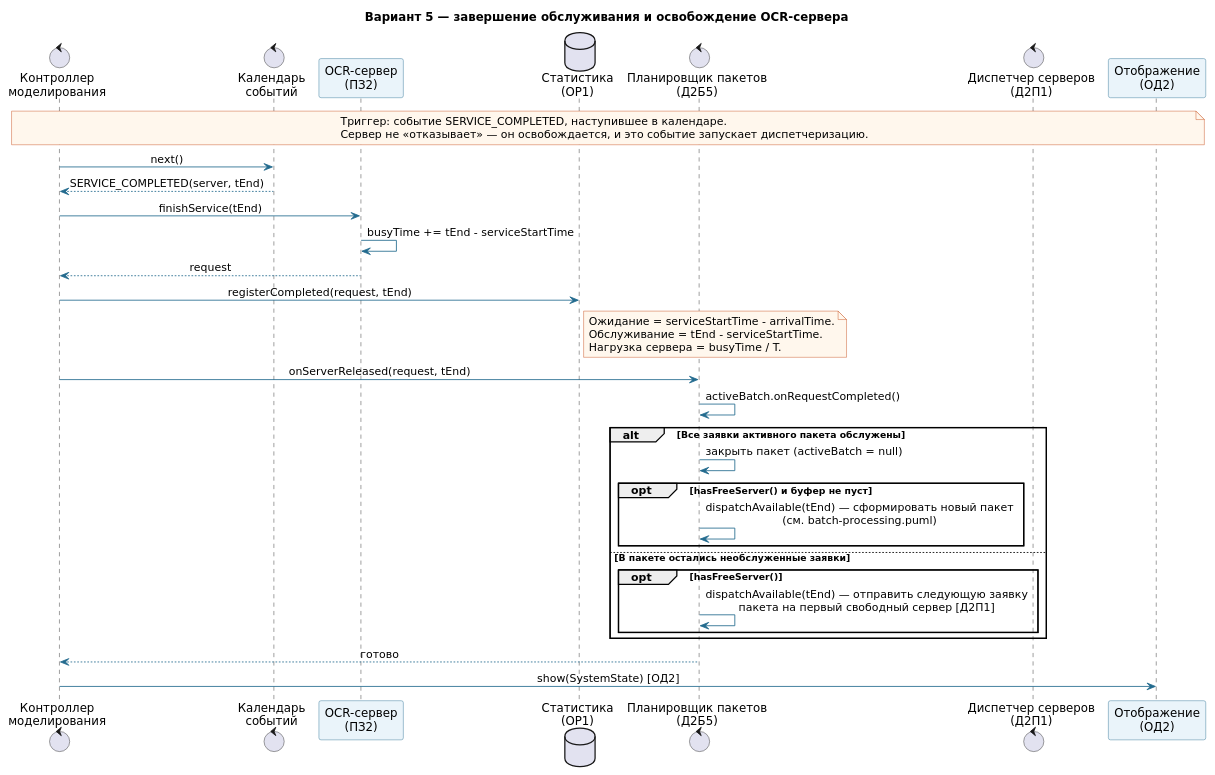
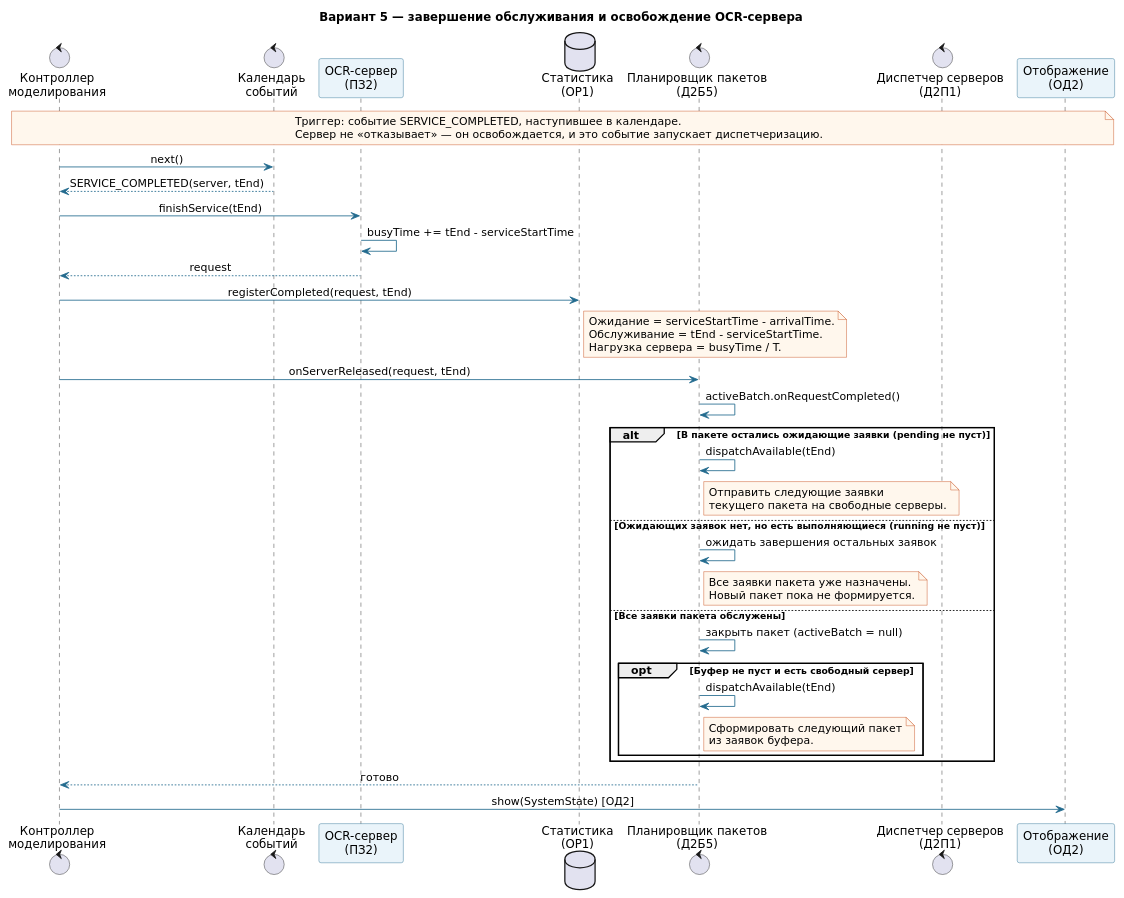
The diagram in smo-ocr-variant-5/diagrams/sequence/service-completion.puml (xanaoxx/smo-ocr-variant-5), drawn with PlantUML before and after one commit.

```diff
--- a/smo-ocr-variant-5/diagrams/sequence/service-completion.puml
+++ b/smo-ocr-variant-5/diagrams/sequence/service-completion.puml
@@ -1,52 +1,68 @@
 @startuml
 skinparam backgroundColor white
 skinparam shadowing false
 skinparam defaultFontName DejaVu Sans
 skinparam sequenceMessageAlign center
 skinparam ArrowColor #236B8E
 skinparam ParticipantBorderColor #236B8E
 skinparam ParticipantBackgroundColor #EAF4FA
 skinparam NoteBackgroundColor #FFF7ED
 skinparam NoteBorderColor #C2410C
 
 title Вариант 5 — завершение обслуживания и освобождение OCR-сервера
 
 control "Контроллер\nмоделирования" as Controller
 control "Календарь\nсобытий" as Calendar
 participant "OCR-сервер\n(ПЗ2)" as Worker
 database "Статистика\n(ОР1)" as Stats
 control "Планировщик пакетов\n(Д2Б5)" as Batch
 control "Диспетчер серверов\n(Д2П1)" as ServerDispatch
 participant "Отображение\n(ОД2)" as View
 
 note over Controller, View
 Триггер: событие SERVICE_COMPLETED, наступившее в календаре.
 Сервер не «отказывает» — он освобождается, и это событие запускает диспетчеризацию.
 end note
 
 Controller -> Calendar: next()
 Calendar --> Controller: SERVICE_COMPLETED(server, tEnd)
 Controller -> Worker: finishService(tEnd)
 Worker -> Worker: busyTime += tEnd - serviceStartTime
 Worker --> Controller: request
 Controller -> Stats: registerCompleted(request, tEnd)
 note right of Stats
 Ожидание = serviceStartTime - arrivalTime.
 Обслуживание = tEnd - serviceStartTime.
 Нагрузка сервера = busyTime / T.
 end note
 Controller -> Batch: onServerReleased(request, tEnd)
 Batch -> Batch: activeBatch.onRequestCompleted()
-alt Все заявки активного пакета обслужены
+
+alt В пакете остались ожидающие заявки (pending не пуст)
+  Batch -> Batch: dispatchAvailable(tEnd)
+  note right of Batch
+    Отправить следующие заявки
+    текущего пакета на свободные серверы.
+  end note
+
+else Ожидающих заявок нет, но есть выполняющиеся (running не пуст)
+  Batch -> Batch: ожидать завершения остальных заявок
+  note right of Batch
+    Все заявки пакета уже назначены.
+    Новый пакет пока не формируется.
+  end note
+
+else Все заявки пакета обслужены
   Batch -> Batch: закрыть пакет (activeBatch = null)
-  opt hasFreeServer() и буфер не пуст
-    Batch -> Batch: dispatchAvailable(tEnd) — сформировать новый пакет\n(см. batch-processing.puml)
-  end
-else В пакете остались необслуженные заявки
-  opt hasFreeServer()
-    Batch -> Batch: dispatchAvailable(tEnd) — отправить следующую заявку\nпакета на первый свободный сервер [Д2П1]
+  opt Буфер не пуст и есть свободный сервер
+    Batch -> Batch: dispatchAvailable(tEnd)
+    note right of Batch
+      Сформировать следующий пакет
+      из заявок буфера.
+    end note
   end
 end
+
 Batch --> Controller: готово
 Controller -> View: show(SystemState) [ОД2]
 @enduml
```
